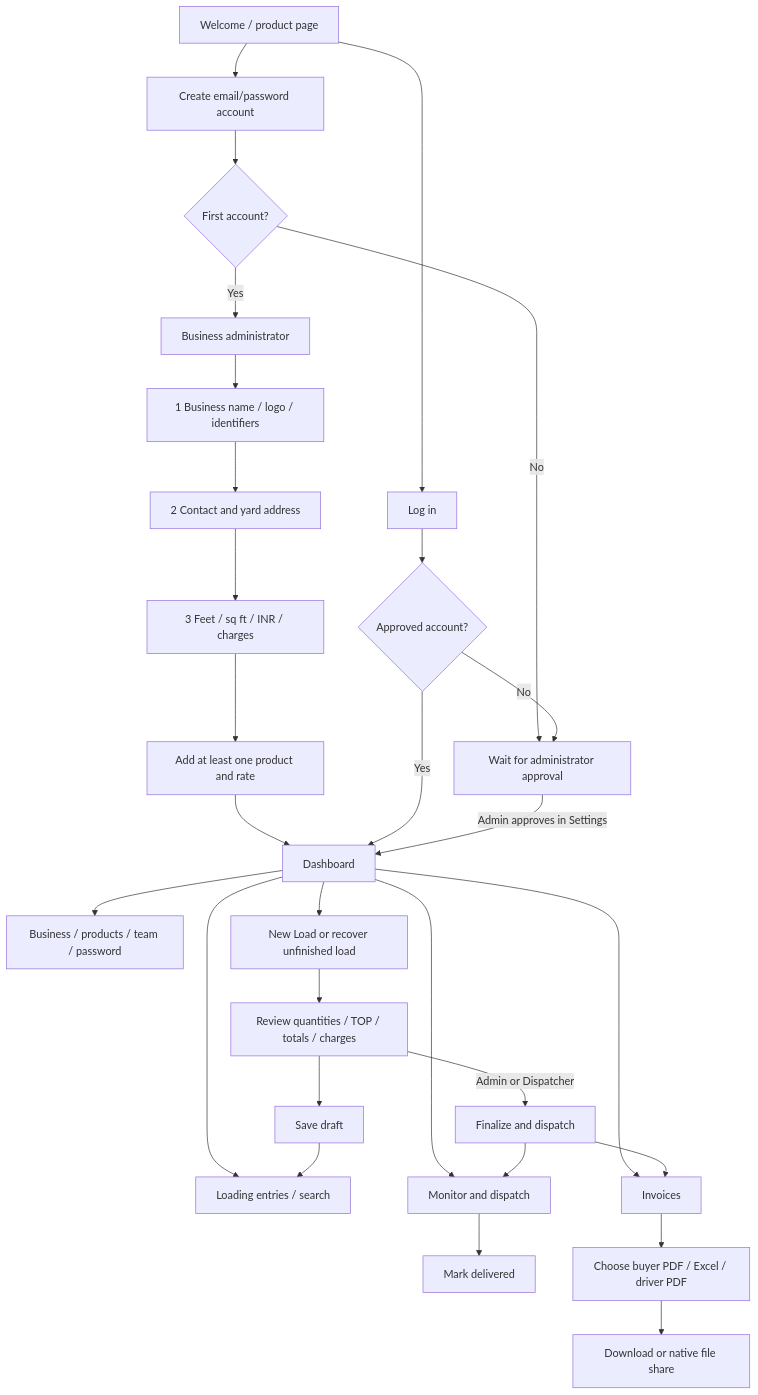
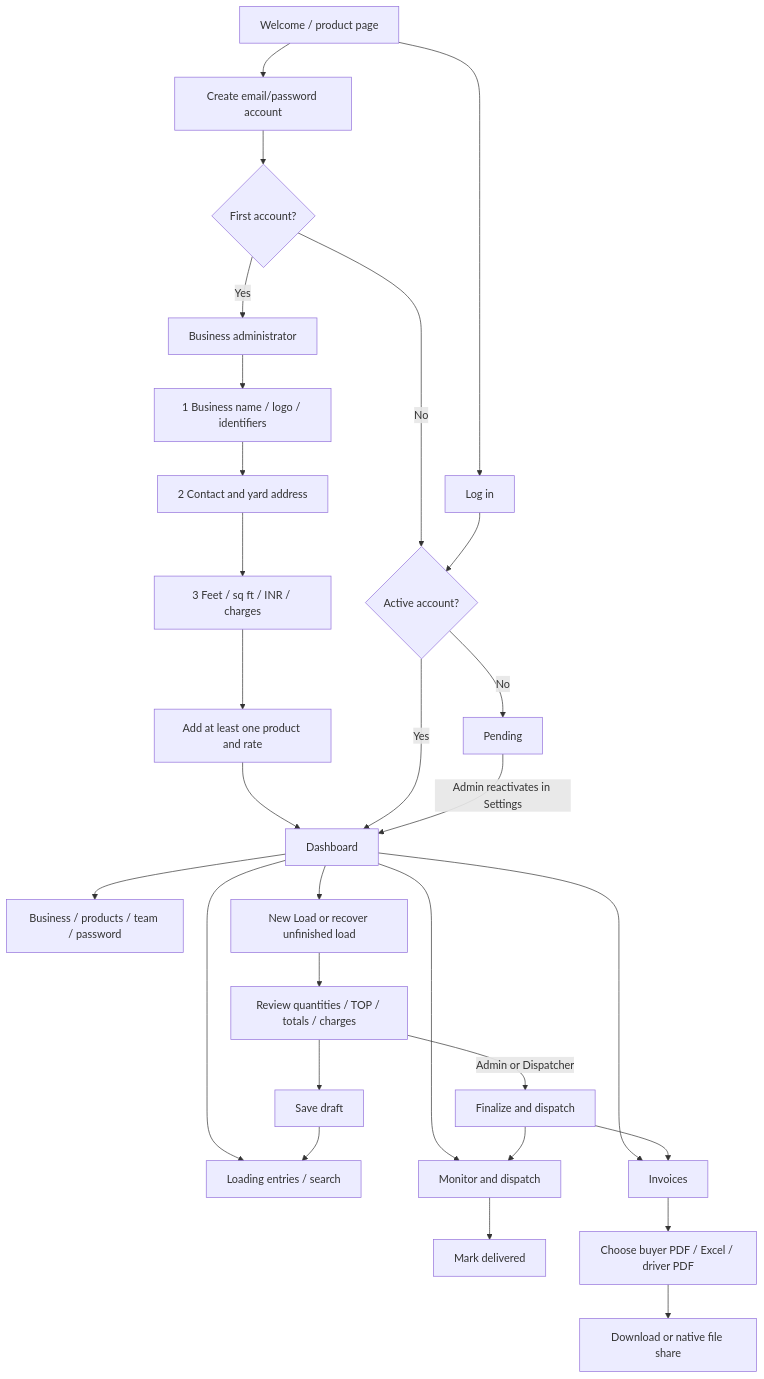
The diagram in docs/UX-SPEC.md (Siva-Pavan02/StoneDesk), drawn with Mermaid before and after one commit. The commit also changed other lines of this file and 73 other files, not shown here.

Commit message:
Convert app to multi-tenant SaaS architecture and optimize performance

````diff
--- a/docs/UX-SPEC.md
+++ b/docs/UX-SPEC.md
@@ -5,31 +5,31 @@
 ```mermaid
 flowchart TD
     Landing[Welcome / product page] --> Signup[Create email/password account]
     Landing --> Login[Log in]
     Signup --> Owner{First account?}
     Owner -->|Yes| Admin[Business administrator]
-    Owner -->|No| Pending[Wait for administrator approval]
+    Owner -->|No| Active[Active Dispatcher account]
     Admin --> Business[1 Business name / logo / identifiers]
     Business --> Contact[2 Contact and yard address]
     Contact --> Defaults[3 Feet / sq ft / INR / charges]
     Defaults --> Products[Add at least one product and rate]
     Products --> Home[Dashboard]
-    Login --> Active{Approved account?}
+    Login --> Active{Active account?}
     Active -->|No| Pending
     Active -->|Yes| Home
-    Pending -->|Admin approves in Settings| Home
+    Pending -->|Admin reactivates in Settings| Home
     Home --> Loads[Loading entries / search]
     Home --> Monitor[Monitor and dispatch]
     Home --> Invoices[Invoices]
     Home --> Settings[Business / products / team / password]
     Home --> New[New Load or recover unfinished load]
     New --> Review[Review quantities / TOP / totals / charges]
     Review --> Draft[Save draft]
     Draft --> Loads
     Review -->|Admin or Dispatcher| Final[Finalize and dispatch]
     Final --> Invoices
     Final --> Monitor
     Monitor --> Delivered[Mark delivered]
     Invoices --> Export[Choose buyer PDF / Excel / driver PDF]
     Export --> Download[Download or native file share]
 ```
````
